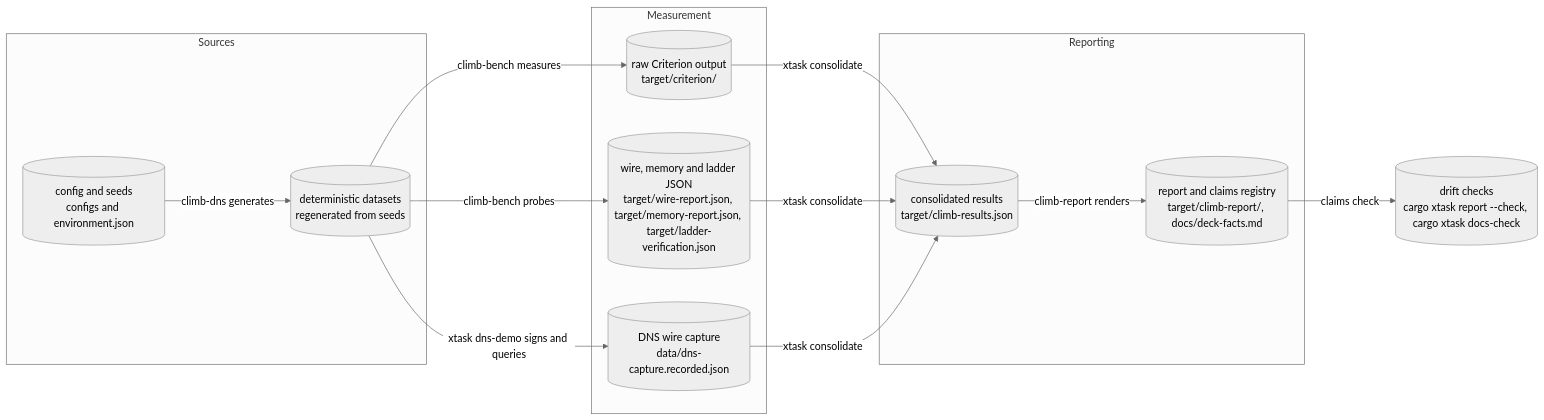
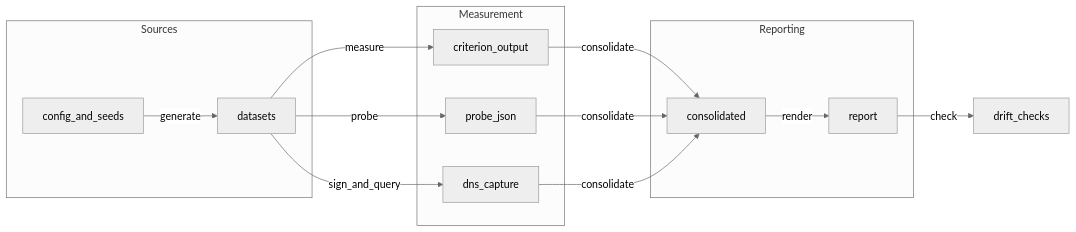
The third of 3 diagrams in docs/ARCHITECTURE.md (aiori-hackathon/A3-PS036-TC529), drawn with Mermaid (neutral theme) before and after one commit. The commit also changed other lines of this file and 1 other file, not shown here.

Commit message:
fix architecture diagrams and add diagram lint

````diff
--- a/docs/ARCHITECTURE.md
+++ b/docs/ARCHITECTURE.md
@@ -122,28 +122,28 @@
 ```mermaid
 flowchart LR
   subgraph sources["Sources"]
-    config[("config and seeds<br/>configs and environment.json")]
-    datasets[("deterministic datasets<br/>regenerated from seeds")]
+    config["config_and_seeds"]
+    datasets["datasets"]
   end
 
   subgraph measurement["Measurement"]
-    raw_criterion[("raw Criterion output<br/>target/criterion/")]
-    probe_json[("wire, memory and ladder JSON<br/>target/wire-report.json, target/memory-report.json, target/ladder-verification.json")]
-    capture[("DNS wire capture<br/>data/dns-capture.recorded.json")]
+    raw_criterion["criterion_output"]
+    probe_json["probe_json"]
+    capture["dns_capture"]
   end
 
   subgraph reporting["Reporting"]
-    consolidated[("consolidated results<br/>target/climb-results.json")]
-    report[("report and claims registry<br/>target/climb-report/, docs/deck-facts.md")]
+    consolidated["consolidated"]
+    report["report"]
   end
 
-  config -->|climb-dns generates| datasets
-  datasets -->|climb-bench measures| raw_criterion
-  datasets -->|climb-bench probes| probe_json
-  datasets -->|xtask dns-demo signs and queries| capture
-  raw_criterion -->|xtask consolidate| consolidated
-  probe_json -->|xtask consolidate| consolidated
-  capture -->|xtask consolidate| consolidated
-  consolidated -->|climb-report renders| report
-  report -->|claims check| drift[("drift checks\ncargo xtask report --check, cargo xtask docs-check")]
+  config -->|generate| datasets
+  datasets -->|measure| raw_criterion
+  datasets -->|probe| probe_json
+  datasets -->|sign_and_query| capture
+  raw_criterion -->|consolidate| consolidated
+  probe_json -->|consolidate| consolidated
+  capture -->|consolidate| consolidated
+  consolidated -->|render| report
+  report -->|check| drift["drift_checks"]
 ```
````
